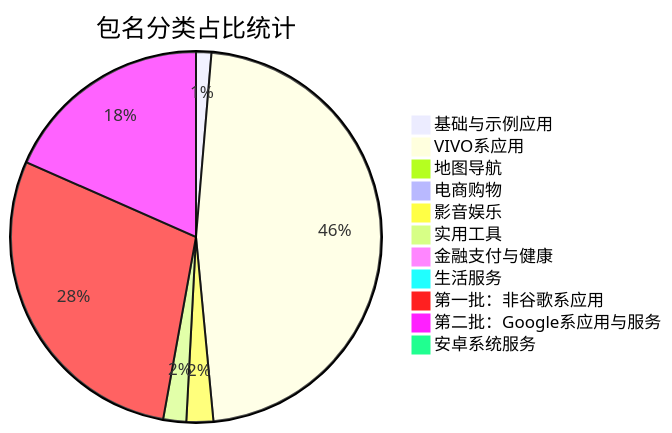
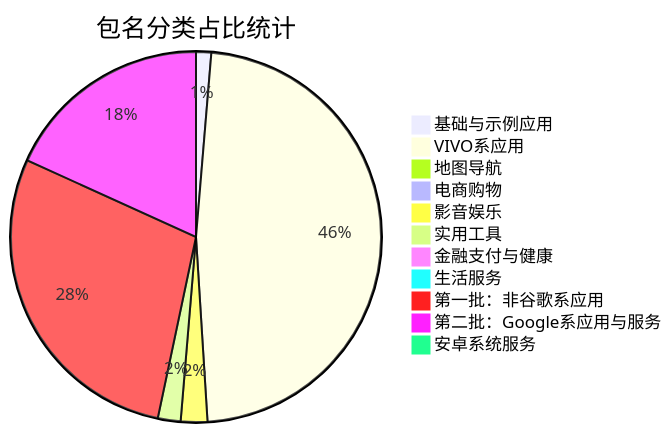
Before and after one commit to SHILEIHUAJI/shilei-rules: the diagram in README.md, drawn with Mermaid. The commit also changed other lines of this file, not shown here.

````diff
--- a/README.md
+++ b/README.md
@@ -24,14 +24,14 @@
 ```mermaid
 pie title 包名分类占比统计
     "基础与示例应用" : 4
-    "VIVO系应用" : 141
+    "VIVO系应用" : 144
     "地图导航" : 2
     "电商购物" : 1
     "影音娱乐" : 7
     "实用工具" : 6
     "金融支付与健康" : 3
     "生活服务" : 1
     "第一批：非谷歌系应用" : 86
     "第二批：Google系应用与服务" : 55
     "安卓系统服务" : 2
 ```
````
